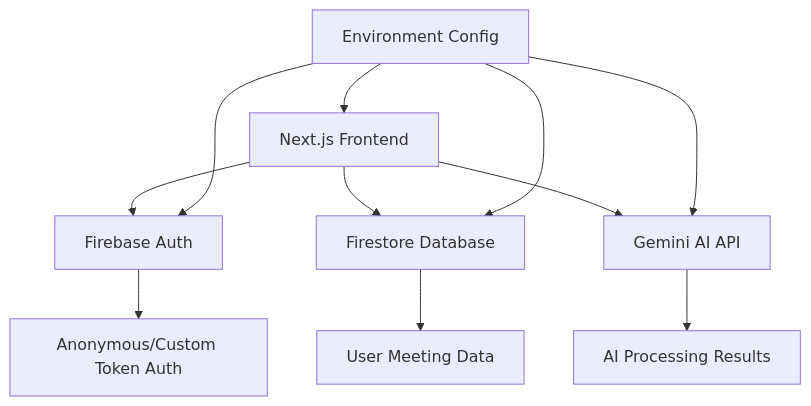
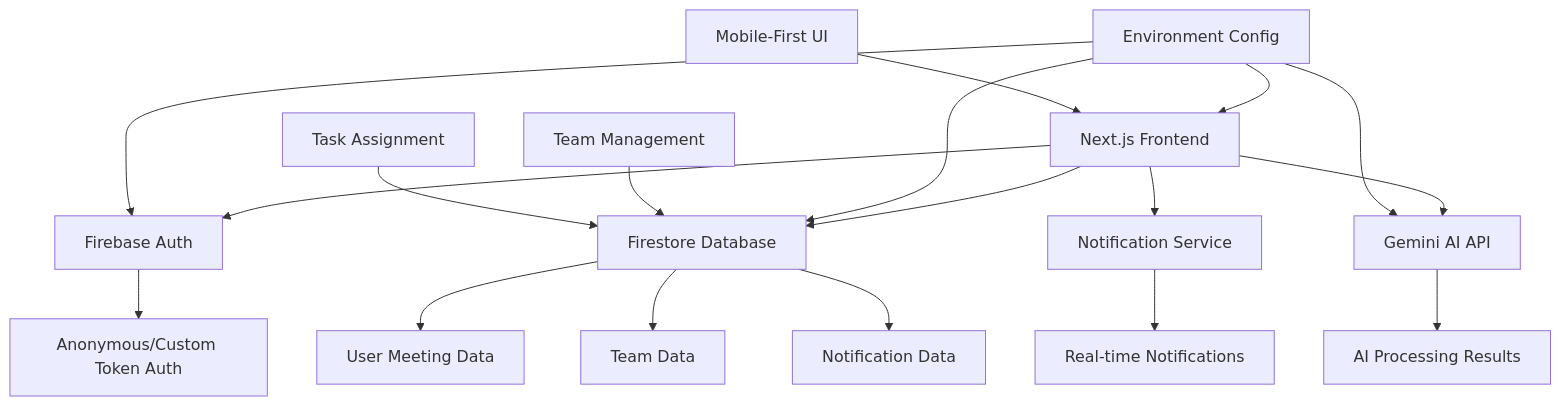
One commit to vindepemarte/Kiro_App_1 changed the diagram in .kiro/specs/meeting-ai-mvp/design.md. Above: the diagram before and after it, drawn with Mermaid. The commit also changed other lines of this file and 55 other files, not shown here.

````diff
--- a/.kiro/specs/meeting-ai-mvp/design.md
+++ b/.kiro/specs/meeting-ai-mvp/design.md
@@ -13,15 +13,23 @@
 ```mermaid
 graph TB
     A[Next.js Frontend] --> B[Firebase Auth]
     A --> C[Firestore Database]
     A --> D[Gemini AI API]
+    A --> E[Notification Service]
     
-    B --> E[Anonymous/Custom Token Auth]
-    C --> F[User Meeting Data]
-    D --> G[AI Processing Results]
+    B --> F[Anonymous/Custom Token Auth]
+    C --> G[User Meeting Data]
+    C --> H[Team Data]
+    C --> I[Notification Data]
+    D --> J[AI Processing Results]
+    E --> K[Real-time Notifications]
     
-    H[Environment Config] --> A
-    H --> B
-    H --> C
-    H --> D
+    L[Environment Config] --> A
+    L --> B
+    L --> C
+    L --> D
+    
+    M[Mobile-First UI] --> A
+    N[Team Management] --> C
+    O[Task Assignment] --> C
 ```
````
